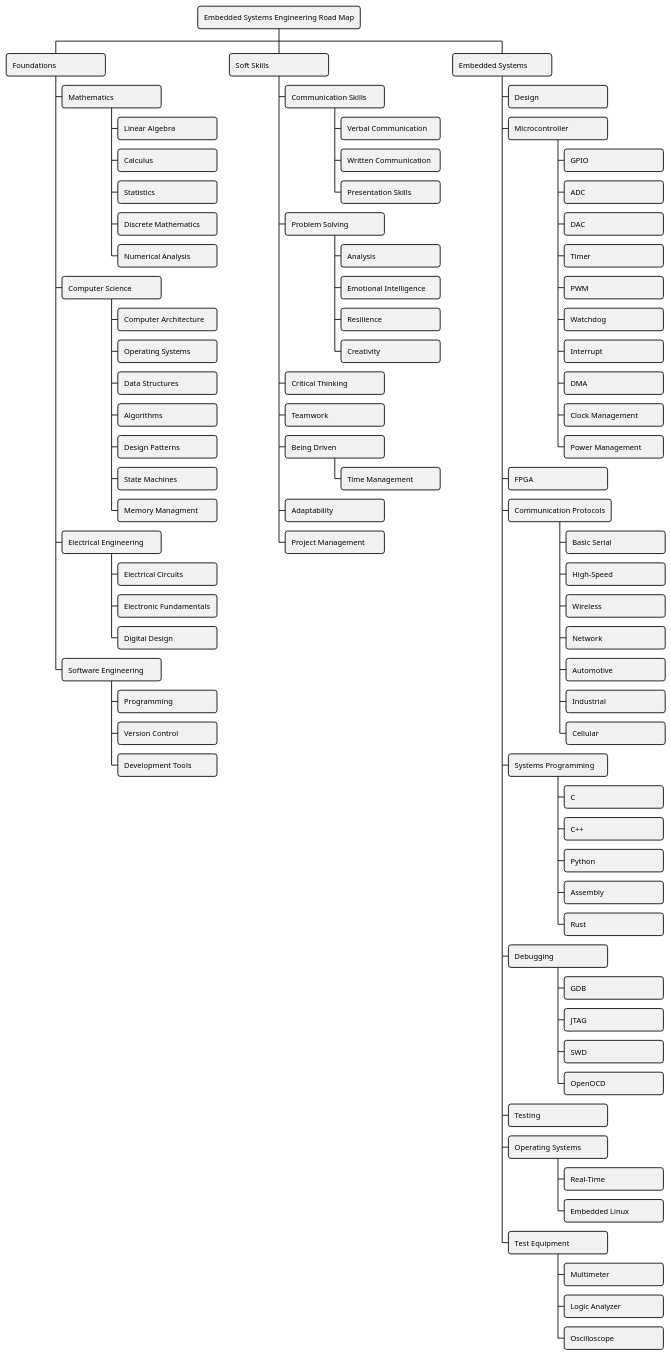
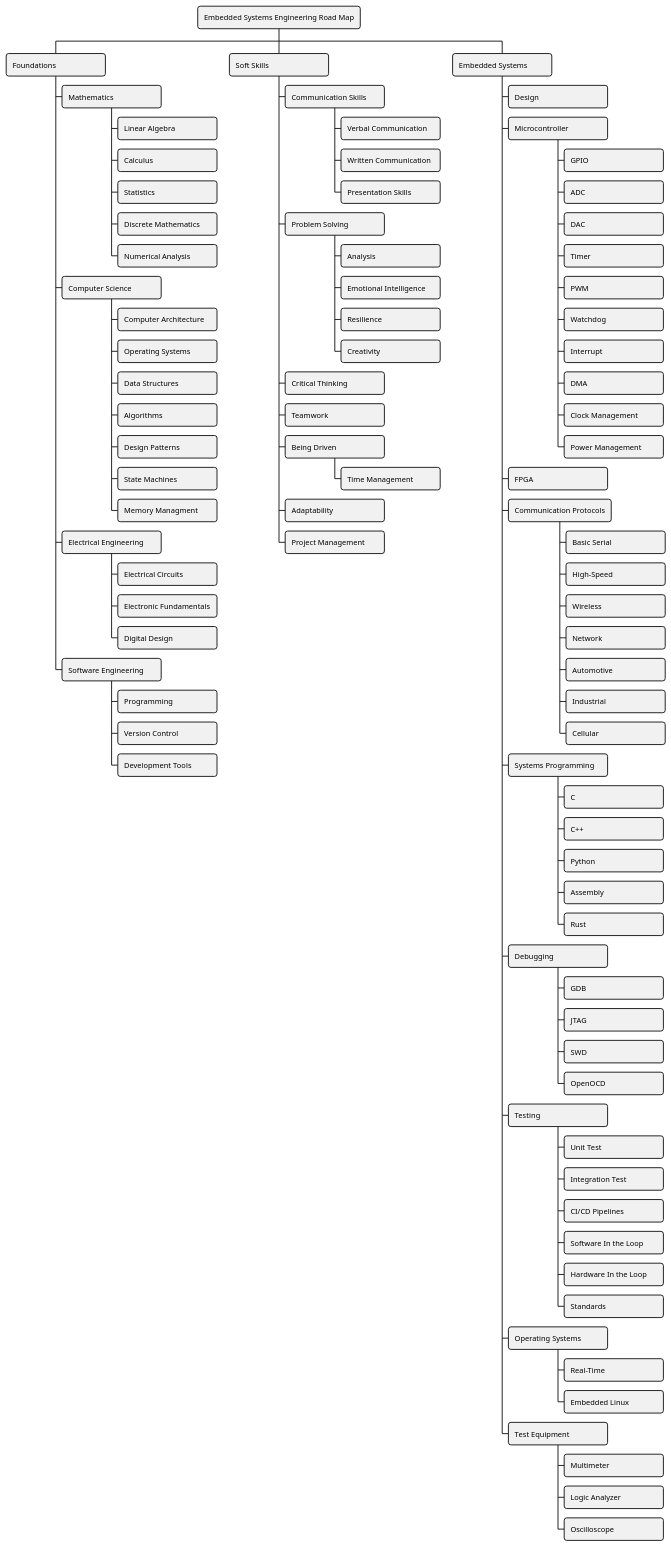
One commit to HenrikSamuelsson/embedded-systems-engineering-road-map changed the diagram in resources/road-map.puml. Above: the diagram before and after it, drawn with PlantUML.

Commit message:
Add test topics.

```diff
--- a/resources/road-map.puml
+++ b/resources/road-map.puml
@@ -1,90 +1,96 @@
 @startwbs Embedded Systemes Engineering Road Map
 <style>
 node {
     MinimumWidth 160
     MaximumWidth 1600
     RoundCorner 8
 }
 </style>
 + Embedded Systems Engineering Road Map
  + Foundations
   + Mathematics
    + Linear Algebra
    + Calculus
    + Statistics
    + Discrete Mathematics
    + Numerical Analysis
   + Computer Science
    + Computer Architecture
    + Operating Systems
    + Data Structures
    + Algorithms
    + Design Patterns
    + State Machines
    + Memory Managment
   + Electrical Engineering
    + Electrical Circuits
    + Electronic Fundamentals
    + Digital Design
   + Software Engineering
    + Programming
    + Version Control
    + Development Tools
  + Soft Skills
   + Communication Skills
    + Verbal Communication
    + Written Communication
    + Presentation Skills
   + Problem Solving
    + Analysis
    + Emotional Intelligence
    + Resilience
    + Creativity
   + Critical Thinking
   + Teamwork
   + Being Driven
    + Time Management
   + Adaptability
   + Project Management
  + Embedded Systems
   + Design
   + Microcontroller
    + GPIO
    + ADC
    + DAC
    + Timer
    + PWM
    + Watchdog
    + Interrupt
    + DMA
    + Clock Management
    + Power Management
   + FPGA
   + Communication Protocols
    + Basic Serial
    + High-Speed
    + Wireless
    + Network
    + Automotive
    + Industrial
    + Cellular
   + Systems Programming
    + C
    + C++
    + Python
    + Assembly
    + Rust
   + Debugging
    + GDB
    + JTAG
    + SWD
    + OpenOCD
   + Testing
+   + Unit Test
+   + Integration Test
+   + CI/CD Pipelines
+   + Software In the Loop
+   + Hardware In the Loop
+   + Standards
   + Operating Systems
    + Real-Time
    + Embedded Linux
   + Test Equipment
    + Multimeter
    + Logic Analyzer
    + Oscilloscope
 @endwbs
```
